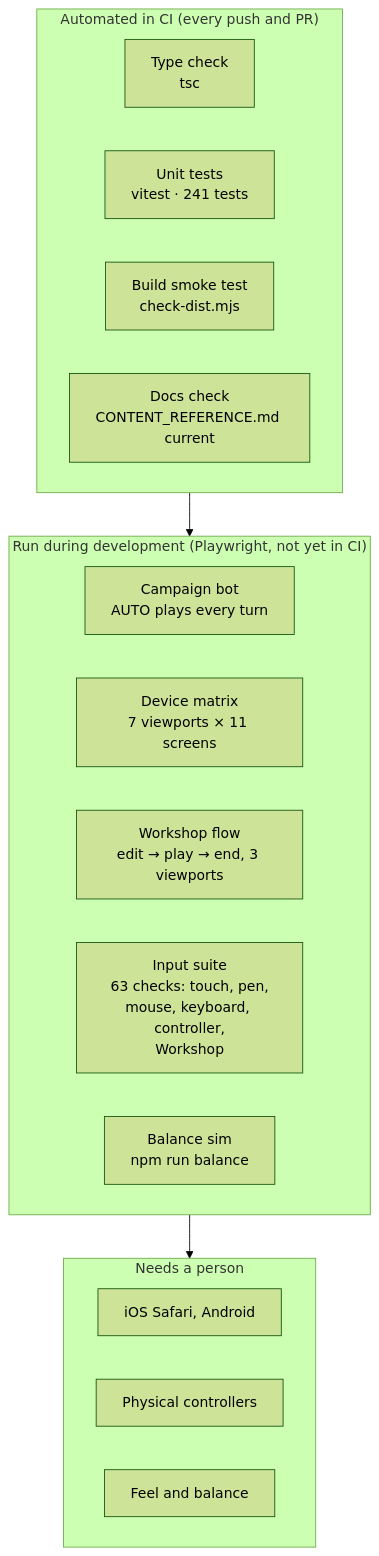
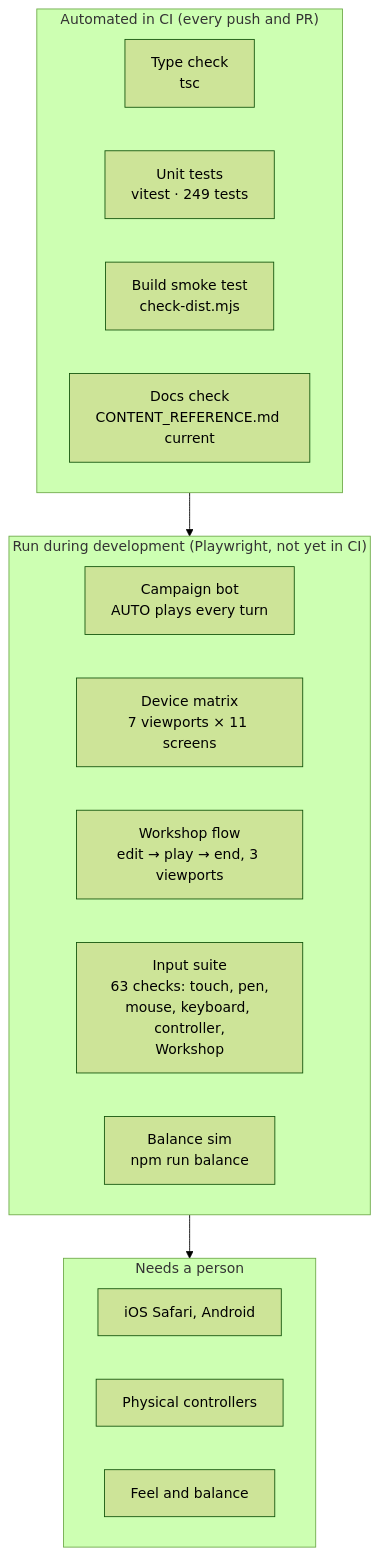
One commit to CptNope/Chess-RPG-Tactics changed the diagram in docs/TESTING.md. Above: the diagram before and after it, drawn with Mermaid (forest theme). The commit also changed other lines of this file and 30 other files, not shown here.

````diff
--- a/docs/TESTING.md
+++ b/docs/TESTING.md
@@ -9,22 +9,22 @@
 ```mermaid
 flowchart TB
     subgraph Auto["Automated in CI (every push and PR)"]
         T1["Type check<br/>tsc"]
-        T2["Unit tests<br/>vitest · 241 tests"]
+        T2["Unit tests<br/>vitest · 249 tests"]
         T3["Build smoke test<br/>check-dist.mjs"]
         T4["Docs check<br/>CONTENT_REFERENCE.md current"]
     end
     subgraph Dev["Run during development (Playwright, not yet in CI)"]
         P1["Campaign bot<br/>AUTO plays every turn"]
         P2["Device matrix<br/>7 viewports × 11 screens"]
         P4["Workshop flow<br/>edit → play → end, 3 viewports"]
         P3["Input suite<br/>63 checks: touch, pen,<br/>mouse, keyboard, controller,<br/>Workshop"]
         P5["Balance sim<br/>npm run balance"]
     end
     subgraph Human["Needs a person"]
         H1["iOS Safari, Android"]
         H2["Physical controllers"]
         H3["Feel and balance"]
     end
     Auto --> Dev --> Human
 ```
````
